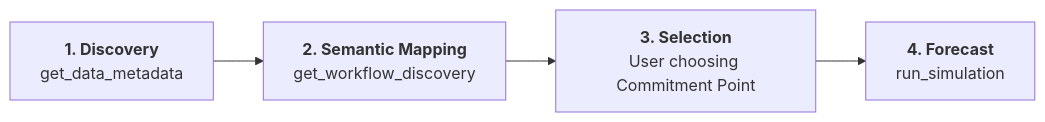
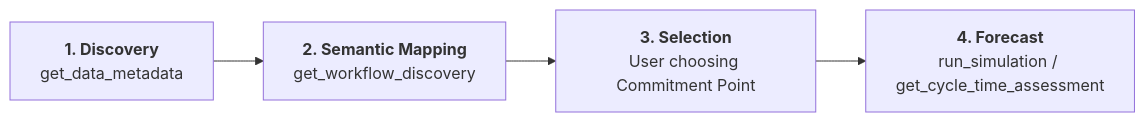
The first of 2 diagrams in docs/architecture.md (bbak/mcs-mcp), drawn with Mermaid before and after one commit. The commit also changed other lines of this file and 5 other files, not shown here.

First line of the commit message:
feat: add get_cycle_time_assessment and optimize jira search

````diff
--- a/docs/architecture.md
+++ b/docs/architecture.md
@@ -17,6 +17,6 @@
 ```mermaid
 graph LR
     A["<b>1. Discovery</b><br/>get_data_metadata"] --> B["<b>2. Semantic Mapping</b><br/>get_workflow_discovery"]
     B --> C["<b>3. Selection</b><br/>User choosing Commitment Point"]
-    C --> D["<b>4. Forecast</b><br/>run_simulation"]
+    C --> D["<b>4. Forecast</b><br/>run_simulation / get_cycle_time_assessment"]
 ```
````
